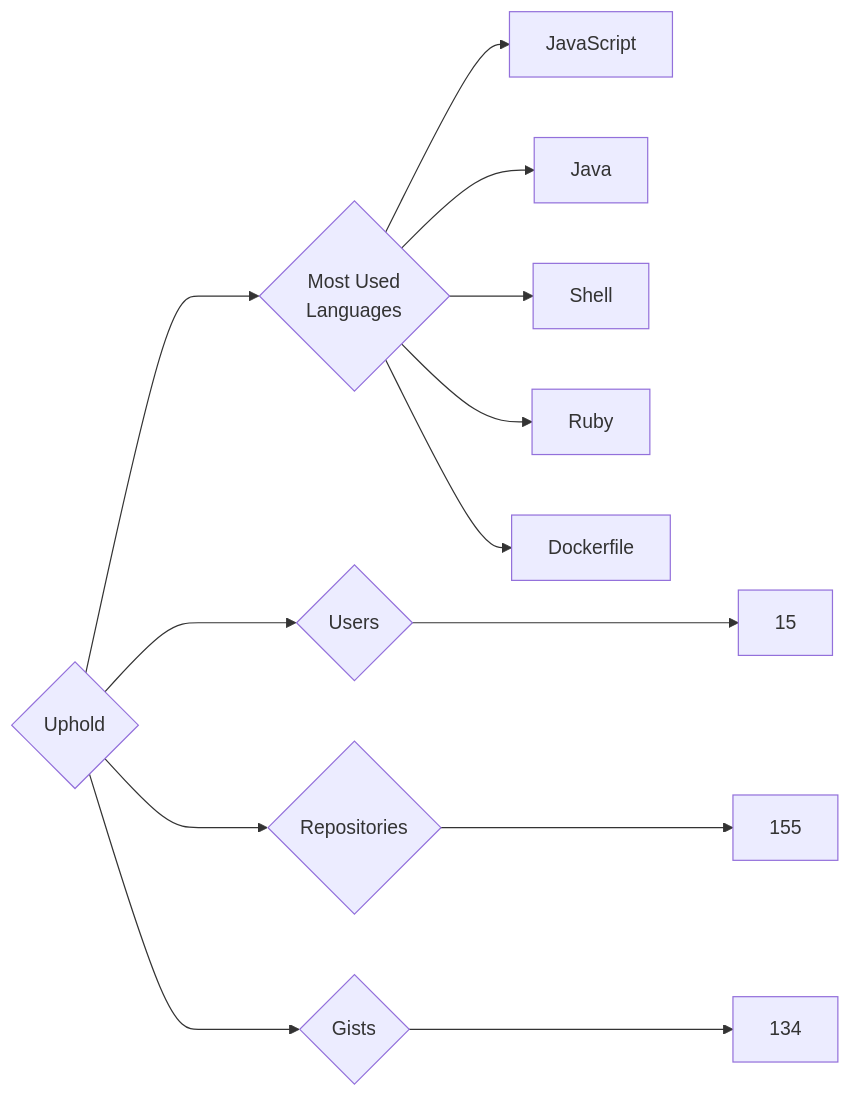
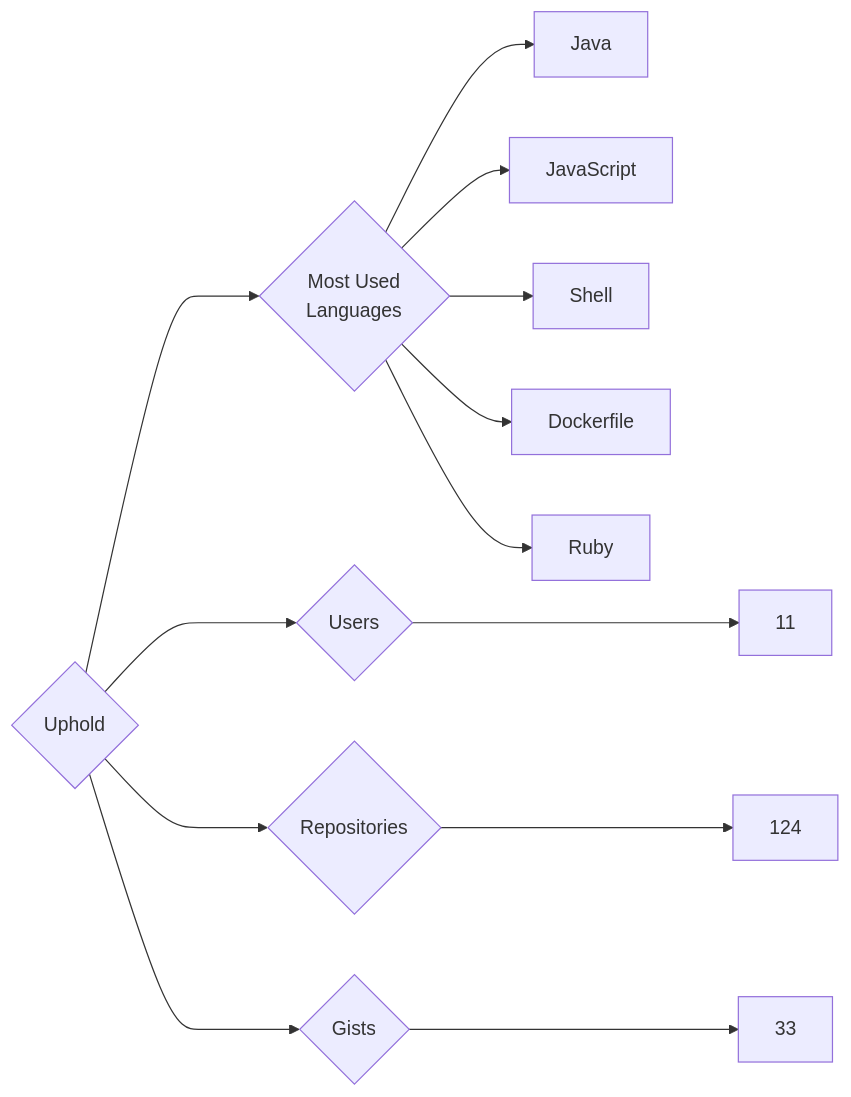
Before and after one commit to trickest/insiders: the diagram in targets/Uphold/README.md, drawn with Mermaid. The commit also changed 773 other files, not shown here.

````diff
--- a/targets/Uphold/README.md
+++ b/targets/Uphold/README.md
@@ -3,13 +3,13 @@
 ```mermaid
 graph LR
 COMPANY_NAME{Uphold}
-COMPANY_NAME ---> U{Users} ---> UN[15]
-COMPANY_NAME ---> R{Repositories} ---> RN[155]
-COMPANY_NAME ---> G{Gists} ---> GN[134]
+COMPANY_NAME ---> U{Users} ---> UN[11]
+COMPANY_NAME ---> R{Repositories} ---> RN[124]
+COMPANY_NAME ---> G{Gists} ---> GN[33]
 COMPANY_NAME ---> ML{Most Used<br>Languages}
+ML --> Java[Java]
 ML --> JavaScript[JavaScript]
-ML --> Java[Java]
 ML --> Shell[Shell]
+ML --> Dockerfile[Dockerfile]
 ML --> Ruby[Ruby]
-ML --> Dockerfile[Dockerfile]
 ```
````
